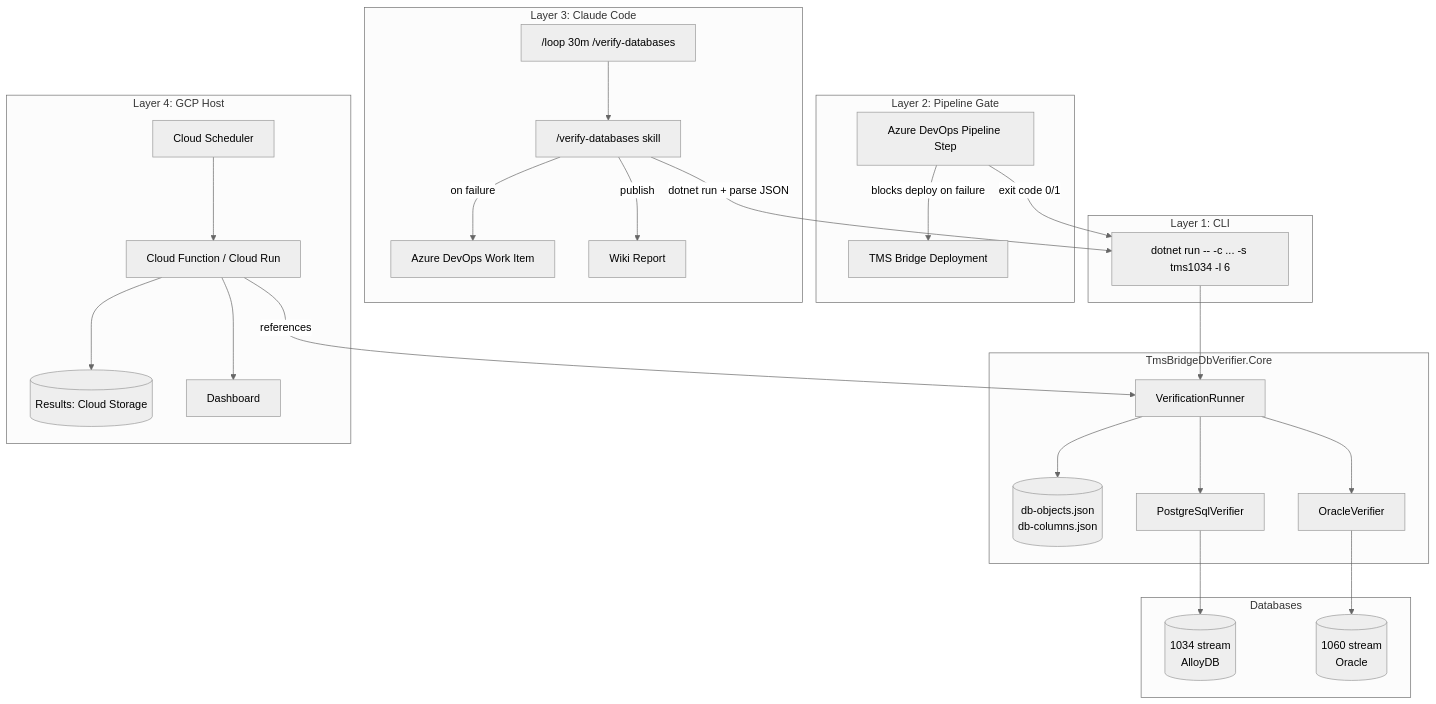
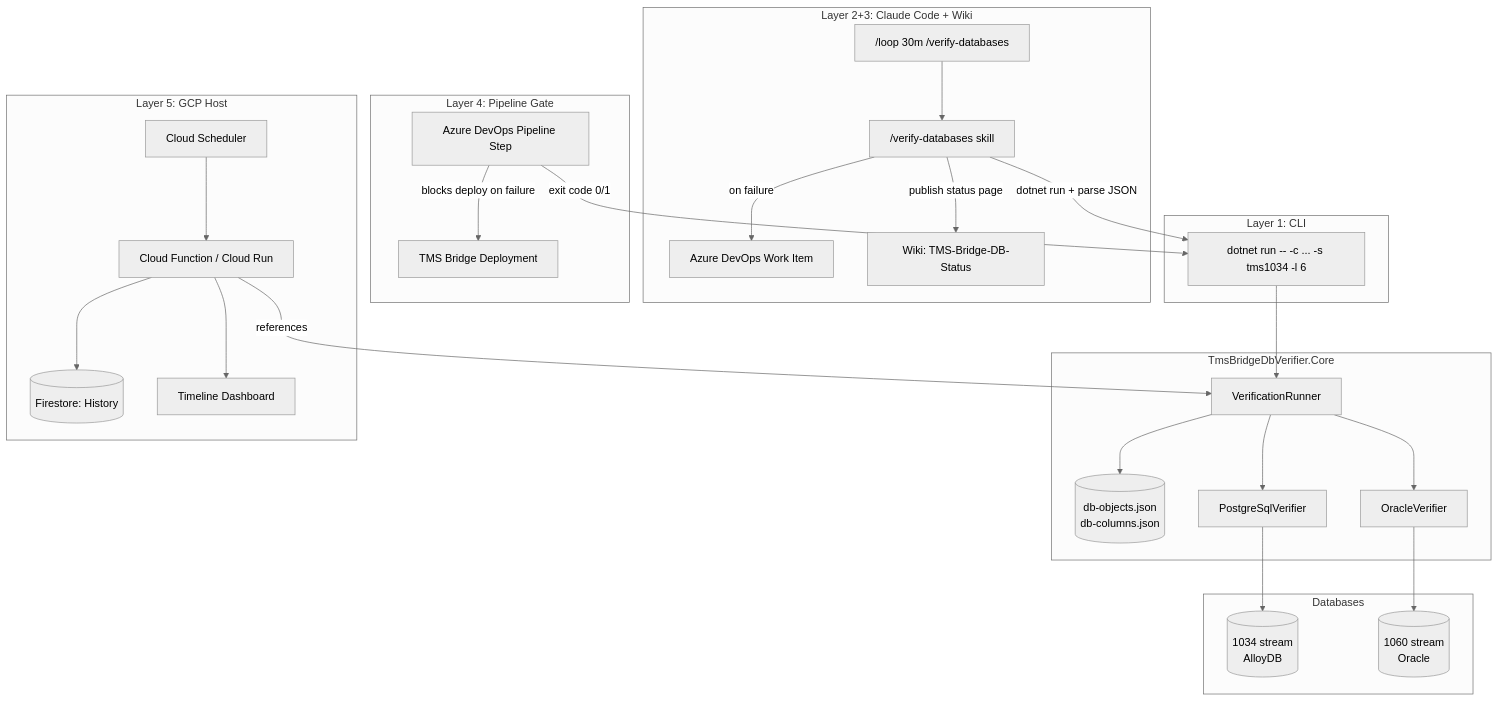
The diagram in 02_Explorations/2026-06-11_Advanced_TMS_Verifier_-_Continuous_Database_Monitoring_Service_in_GCP/advanced-tms-verifier---continuous-database-monitoring-service-in-gcp.md (bitflower/p3-virtual-architect-new-dispo), drawn with Mermaid (neutral theme) before and after one commit. The commit also changed other lines of this file, not shown here.

````diff
--- a/02_Explorations/2026-06-11_Advanced_TMS_Verifier_-_Continuous_Database_Monitoring_Service_in_GCP/advanced-tms-verifier---continuous-database-monitoring-service-in-gcp.md
+++ b/02_Explorations/2026-06-11_Advanced_TMS_Verifier_-_Continuous_Database_Monitoring_Service_in_GCP/advanced-tms-verifier---continuous-database-monitoring-service-in-gcp.md
@@ -589,43 +592,43 @@
 ```mermaid
 graph TB
     subgraph "TmsBridgeDbVerifier.Core"
         REG[("db-objects.json<br/>db-columns.json")]
         VR[VerificationRunner]
         PG[PostgreSqlVerifier]
         ORA[OracleVerifier]
         VR --> PG & ORA
         VR --> REG
     end
 
     subgraph "Layer 1: CLI"
         CLI["dotnet run -- -c ... -s tms1034 -l 6"]
         CLI --> VR
     end
 
-    subgraph "Layer 2: Pipeline Gate"
+    subgraph "Layer 2+3: Claude Code + Wiki"
+        SKILL["/verify-databases skill"]
+        LOOP["/loop 30m /verify-databases"]
+        SKILL -->|"dotnet run + parse JSON"| CLI
+        LOOP --> SKILL
+        SKILL -->|"on failure"| ADO[Azure DevOps Work Item]
+        SKILL -->|"publish status page"| WIKI[Wiki: TMS-Bridge-DB-Status]
+    end
+
+    subgraph "Layer 4: Pipeline Gate"
         PIPE[Azure DevOps Pipeline Step]
         PIPE -->|"exit code 0/1"| CLI
         PIPE -->|"blocks deploy on failure"| DEPLOY[TMS Bridge Deployment]
     end
 
-    subgraph "Layer 3: Claude Code"
-        SKILL["/verify-databases skill"]
-        LOOP["/loop 30m /verify-databases"]
-        SKILL -->|"dotnet run + parse JSON"| CLI
-        LOOP --> SKILL
-        SKILL -->|"on failure"| ADO[Azure DevOps Work Item]
-        SKILL -->|"publish"| WIKI[Wiki Report]
-    end
-
-    subgraph "Layer 4: GCP Host"
+    subgraph "Layer 5: GCP Host"
         CS[Cloud Scheduler] --> CF[Cloud Function / Cloud Run]
         CF -->|"references"| VR
-        CF --> GCS[(Results: Cloud Storage)]
-        CF --> DASH[Dashboard]
+        CF --> FS[(Firestore: History)]
+        CF --> DASH[Timeline Dashboard]
     end
 
     subgraph "Databases"
         PG --> DB1[(1034 stream<br/>AlloyDB)]
         ORA --> DB2[(1060 stream<br/>Oracle)]
     end
 ```
````
